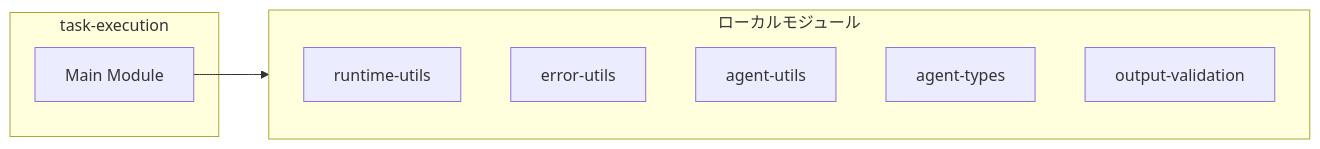
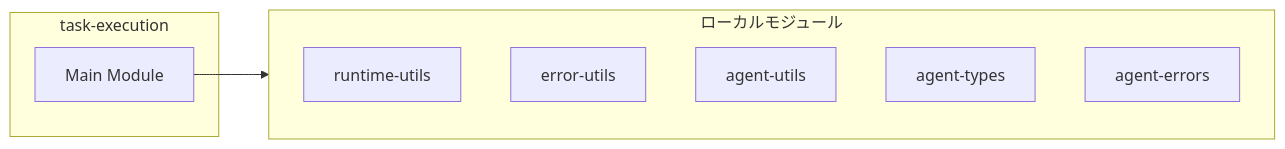
Before and after one commit to Mekann2904/mekann: the second of 4 diagrams in ABDD/.pi/extensions/subagents/task-execution.md, drawn with Mermaid. The commit also changed other lines of this file and 257 other files, not shown here.

````diff
--- a/ABDD/.pi/extensions/subagents/task-execution.md
+++ b/ABDD/.pi/extensions/subagents/task-execution.md
@@ -73,14 +82,14 @@
 ```mermaid
 flowchart LR
   subgraph this[task-execution]
     main[Main Module]
   end
   subgraph local[ローカルモジュール]
     runtime_utils["runtime-utils"]
     error_utils["error-utils"]
     agent_utils["agent-utils"]
     agent_types["agent-types"]
-    output_validation["output-validation"]
+    agent_errors["agent-errors"]
   end
   main --> local
 ```
````
